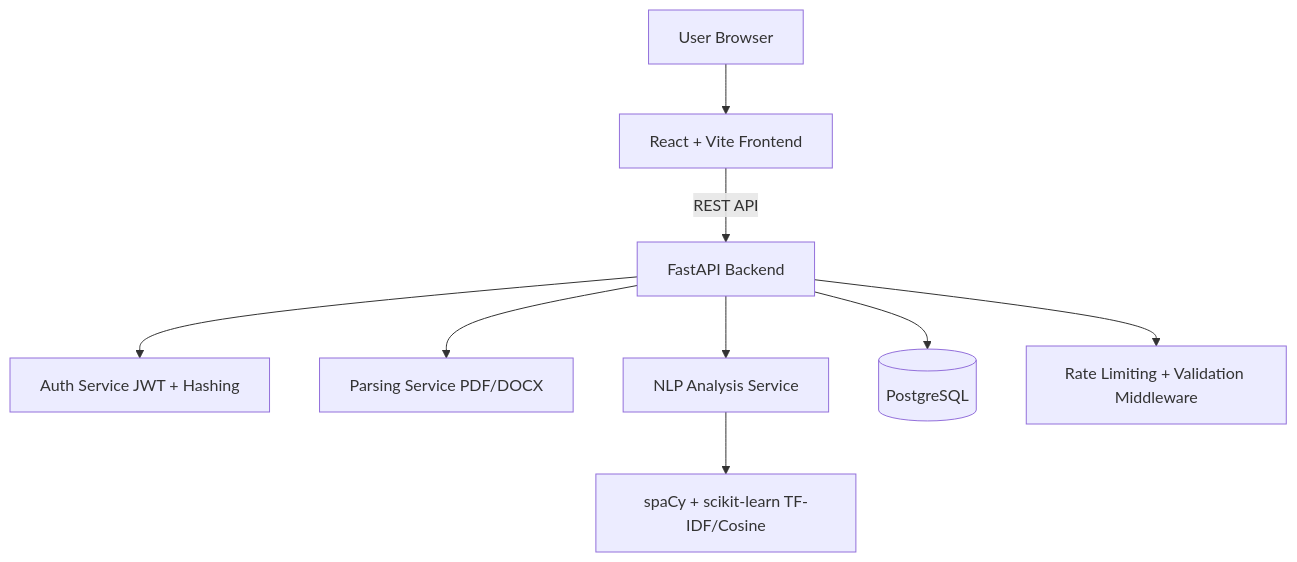
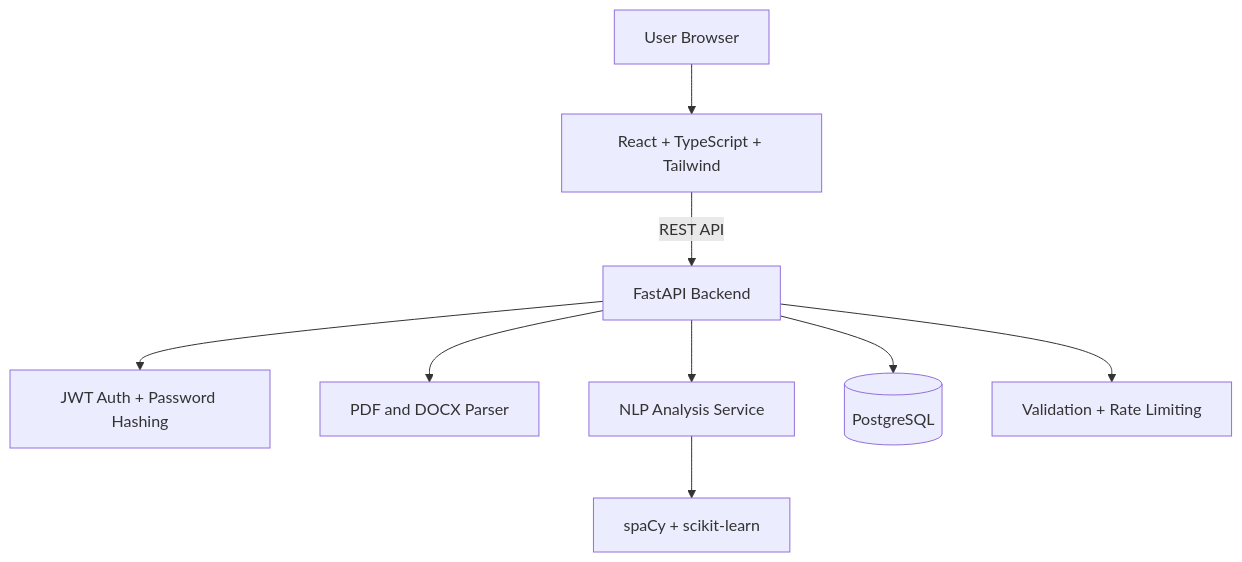
The diagram in README.md (devsuthar-ai-ml/ai-resume-analyzer-platform), drawn with Mermaid before and after one commit. The commit also changed other lines of this file, not shown here.

````diff
--- a/README.md
+++ b/README.md
@@ -19,11 +71,14 @@
 ```mermaid
 flowchart TD
-    U[User Browser] --> F[React + Vite Frontend]
-    F -->|REST API| B[FastAPI Backend]
-    B --> A[Auth Service JWT + Hashing]
-    B --> P[Parsing Service PDF/DOCX]
-    B --> N[NLP Analysis Service]
-    N --> S[spaCy + scikit-learn TF-IDF/Cosine]
-    B --> D[(PostgreSQL)]
-    B --> M[Rate Limiting + Validation Middleware]
+    U[User Browser] --> FE[React + TypeScript + Tailwind]
+    FE -->|REST API| BE[FastAPI Backend]
+
+    BE --> AUTH[JWT Auth + Password Hashing]
+    BE --> PARSER[PDF and DOCX Parser]
+    BE --> NLP[NLP Analysis Service]
+    NLP --> ML[spaCy + scikit-learn]
+
+    BE --> DB[(PostgreSQL)]
+
+    BE --> SEC[Validation + Rate Limiting]
 ```
````
